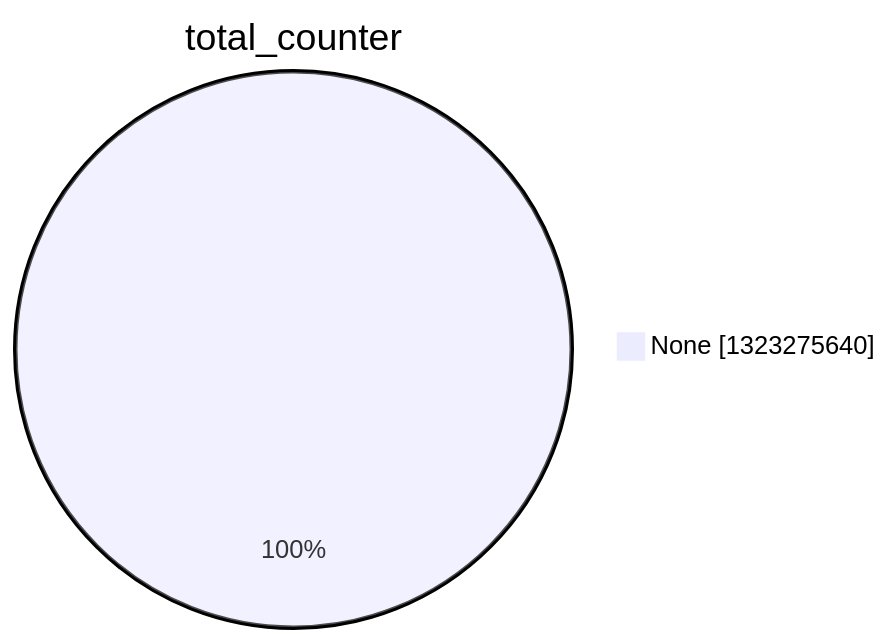
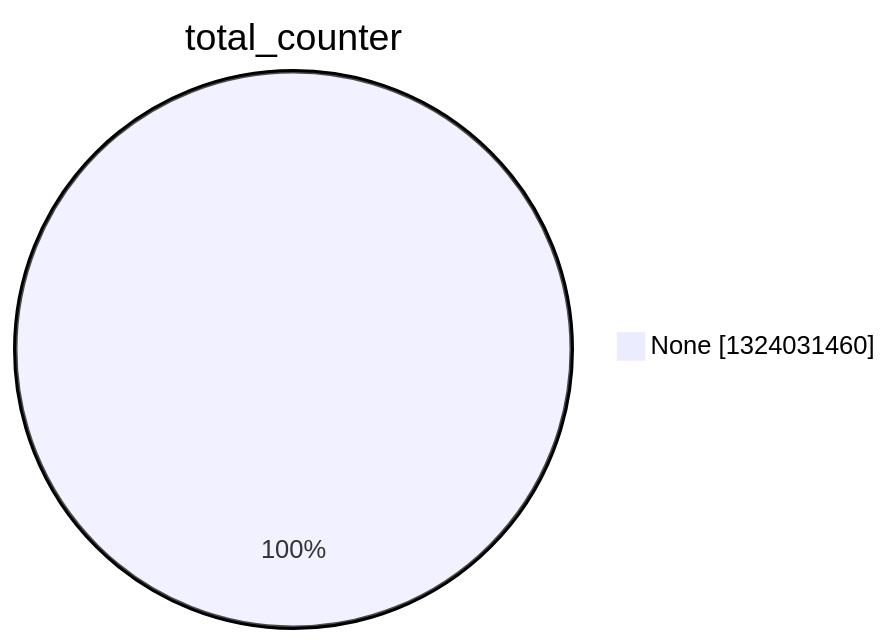
Before and after one commit to christiankrug/ctmonitor_visualization: the second of 15 diagrams in argon2022/README.md, drawn with Mermaid. The commit also changed other lines of this file, not shown here.

````diff
--- a/argon2022/README.md
+++ b/argon2022/README.md
@@ -9,5 +9,5 @@
 ```mermaid
 pie showData
 title total_counter
-"None" :1323275640
+"None" :1324031460
 ```
````
